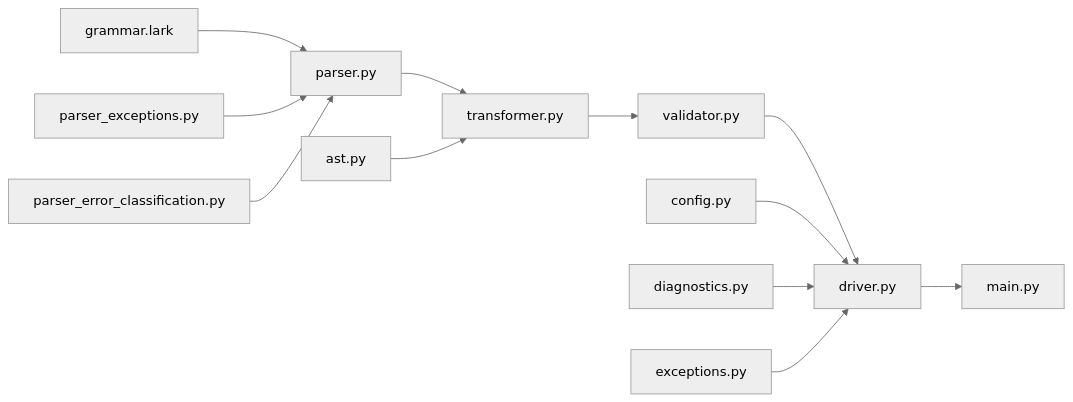
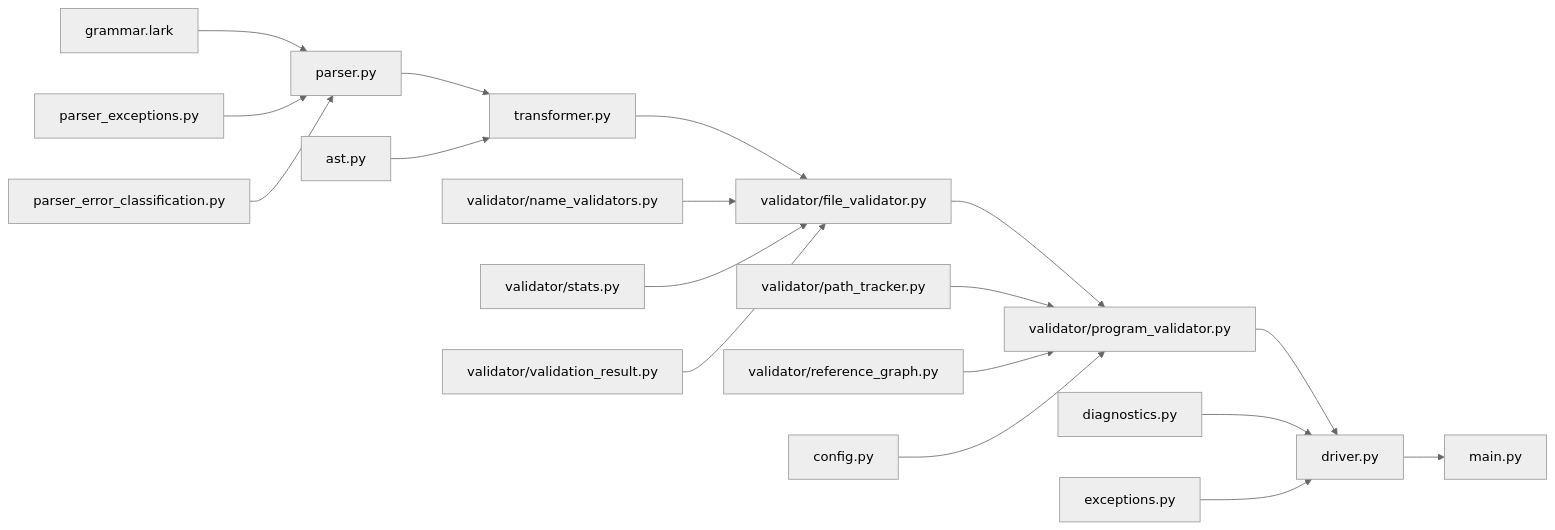
The diagram in define/AGENTS.md (define-lang/define), drawn with Mermaid (neutral theme) before and after one commit. The commit also changed other lines of this file, not shown here.

Commit message:
Update diagran in define/AGENTS.md.

````diff
--- a/define/AGENTS.md
+++ b/define/AGENTS.md
@@ -26,16 +26,22 @@
 ```mermaid
 flowchart LR
     Grammar["grammar.lark"] --> Parser["parser.py"]
     ParseErrors["parser_exceptions.py"] --> Parser
     ParserErrorClassification["parser_error_classification.py"] --> Parser
     Parser --> Transformer["transformer.py"]
     AST["ast.py"] --> Transformer
-    Transformer --> Validator["validator.py"]
-    Validator --> Driver["driver.py"]
+    Transformer --> FileValidator["validator/file_validator.py"]
+    NameValidators["validator/name_validators.py"] --> FileValidator
+    Stats["validator/stats.py"] --> FileValidator
+    ValidationResult["validator/validation_result.py"] --> FileValidator
+    FileValidator --> ProgramValidator["validator/program_validator.py"]
+    PathTracker["validator/path_tracker.py"] --> ProgramValidator
+    ReferenceGraph["validator/reference_graph.py"] --> ProgramValidator
+    ProgramValidator --> Driver["driver.py"]
 
-    Config["config.py"] --> Driver
+    Config["config.py"] --> ProgramValidator
     Diagnostics["diagnostics.py"] --> Driver
     Exceptions["exceptions.py"] --> Driver
 
     Driver --> Main["main.py"]
 ```
````
